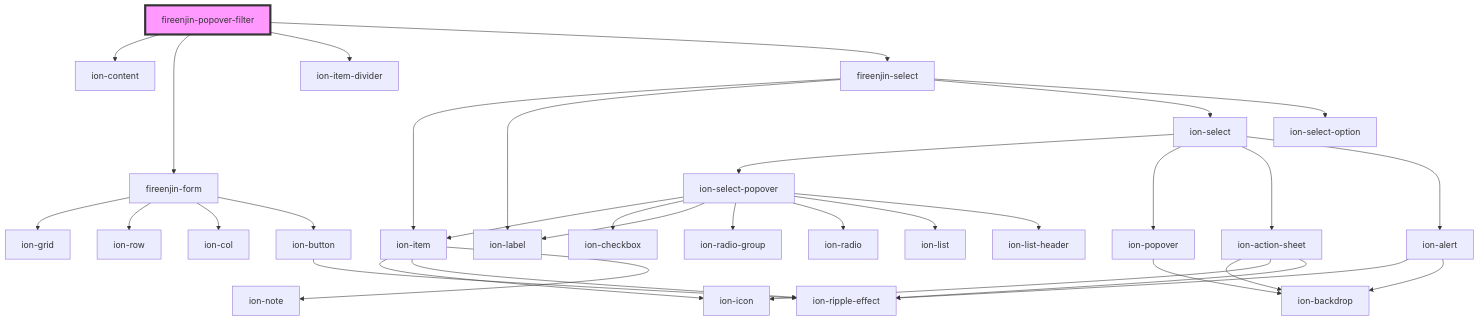
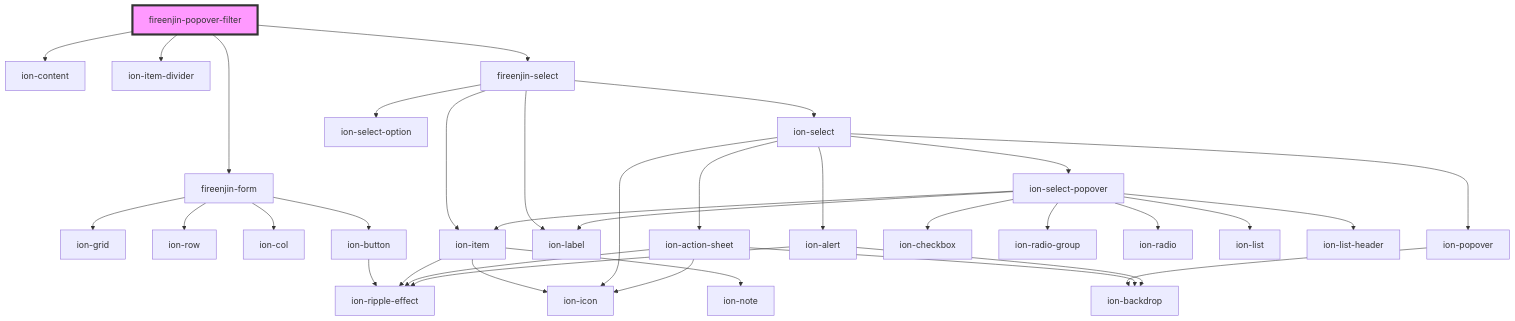
Before and after one commit to FireEnjin/Components: the diagram in src/components/popover-filter/readme.md, drawn with Mermaid. The commit also changed 18 other files, not shown here.

````diff
--- a/src/components/popover-filter/readme.md
+++ b/src/components/popover-filter/readme.md
@@ -26,37 +26,38 @@
 ```mermaid
 graph TD;
   fireenjin-popover-filter --> ion-content
   fireenjin-popover-filter --> fireenjin-form
   fireenjin-popover-filter --> ion-item-divider
   fireenjin-popover-filter --> fireenjin-select
   fireenjin-form --> ion-grid
   fireenjin-form --> ion-row
   fireenjin-form --> ion-col
   fireenjin-form --> ion-button
   ion-button --> ion-ripple-effect
   fireenjin-select --> ion-item
   fireenjin-select --> ion-label
   fireenjin-select --> ion-select
   fireenjin-select --> ion-select-option
   ion-item --> ion-icon
   ion-item --> ion-ripple-effect
   ion-item --> ion-note
   ion-select --> ion-select-popover
   ion-select --> ion-popover
   ion-select --> ion-action-sheet
   ion-select --> ion-alert
+  ion-select --> ion-icon
   ion-select-popover --> ion-item
   ion-select-popover --> ion-checkbox
   ion-select-popover --> ion-label
   ion-select-popover --> ion-radio-group
   ion-select-popover --> ion-radio
   ion-select-popover --> ion-list
   ion-select-popover --> ion-list-header
   ion-popover --> ion-backdrop
   ion-action-sheet --> ion-backdrop
   ion-action-sheet --> ion-icon
   ion-action-sheet --> ion-ripple-effect
   ion-alert --> ion-ripple-effect
   ion-alert --> ion-backdrop
   style fireenjin-popover-filter fill:#f9f,stroke:#333,stroke-width:4px
 ```
````
